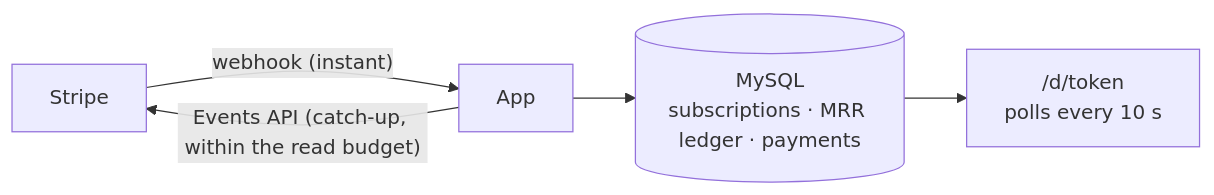
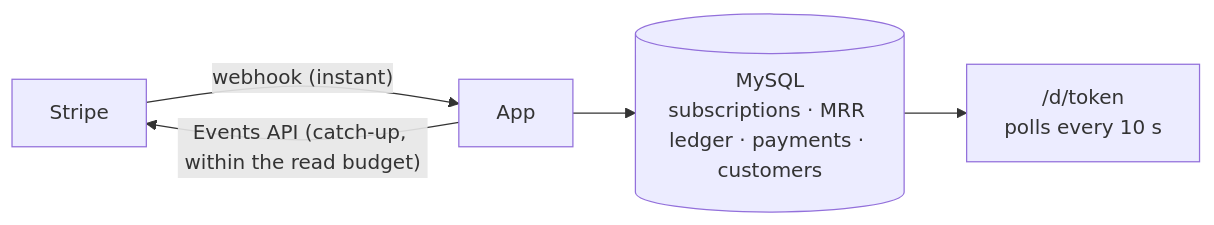
Before and after one commit to Synapsr/SaaS-Monitor: the diagram in README.md, drawn with Mermaid. The commit also changed other lines of this file and 2 other files, not shown here.

First line of the commit message:
docs: describe themes, languages, new customers and rotating accounts

````diff
--- a/README.md
+++ b/README.md
@@ -81,7 +87,7 @@
 ```mermaid
 flowchart LR
   Stripe -- "webhook (instant)" --> App
   App -- "Events API (catch-up, within the read budget)" --> Stripe
-  App --> DB[(MySQL<br/>subscriptions · MRR ledger · payments)]
+  App --> DB[(MySQL<br/>subscriptions · MRR ledger · payments · customers)]
   DB --> Screen["/d/token<br/>polls every 10 s"]
 ```
````
